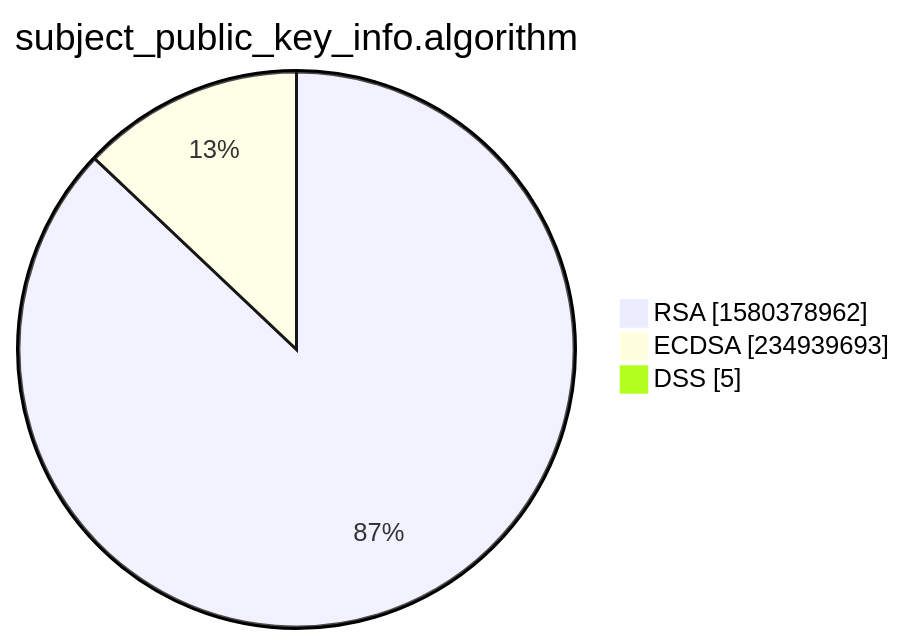
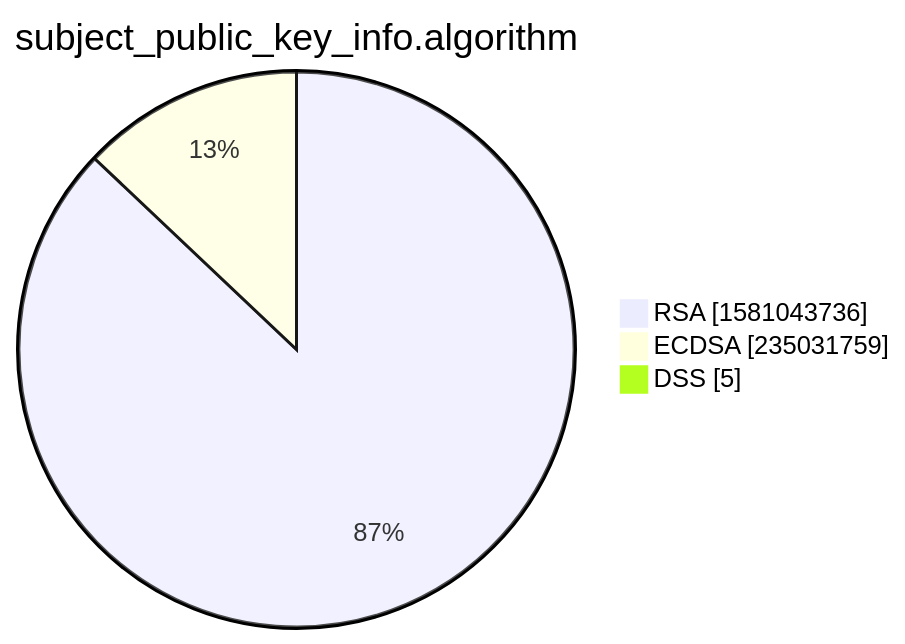
Before and after one commit to christiankrug/ctmonitor_visualization: the third of 15 diagrams in xenon2022/README.md, drawn with Mermaid. The commit also changed other lines of this file, not shown here.

````diff
--- a/xenon2022/README.md
+++ b/xenon2022/README.md
@@ -14,7 +14,7 @@
 ```mermaid
 pie showData
 title subject_public_key_info.algorithm
-"RSA" :1580378962
-"ECDSA" :234939693
+"RSA" :1581043736
+"ECDSA" :235031759
 "DSS" :5
 ```
````
